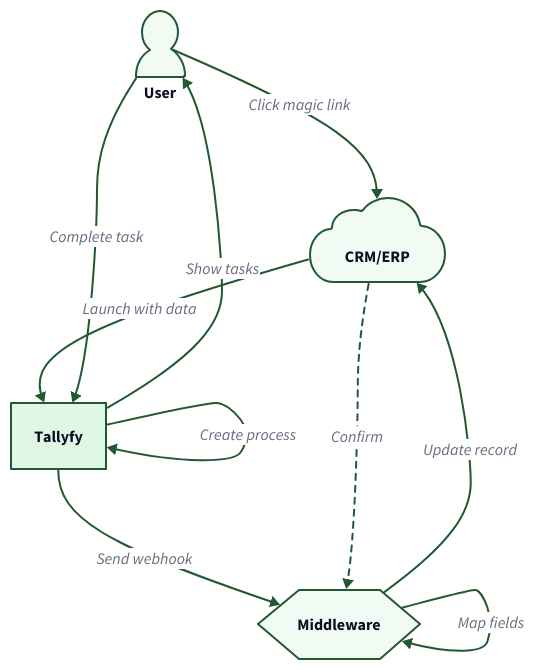
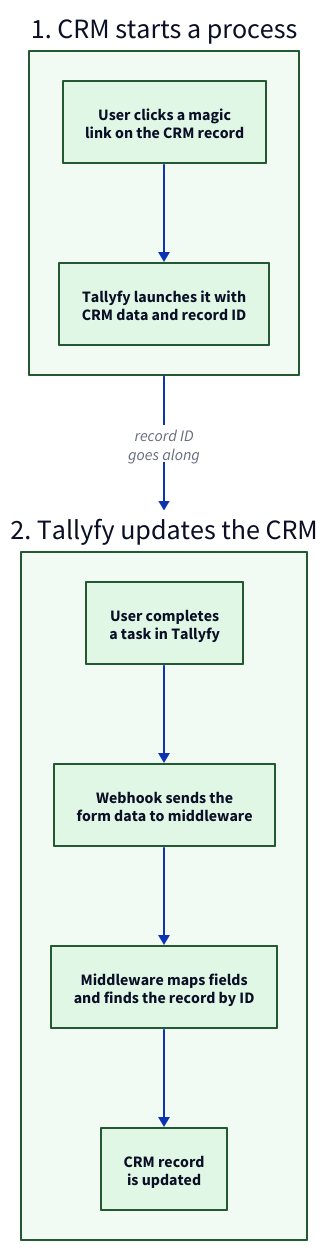
Before and after one commit to tallyfy/documentation: the diagram in src/content/docs/pro/integrations/middleware/integrate-into-crm.mdx, drawn with D2. The commit also changed 14 other files, not shown here.

First line of the commit message:
Redraw 15 diagrams and remove 1 so their text reads at full size

````diff
--- a/src/content/docs/pro/integrations/middleware/integrate-into-crm.mdx
+++ b/src/content/docs/pro/integrations/middleware/integrate-into-crm.mdx
@@ -106,62 +106,42 @@
 ```d2
+# Data flow between a CRM or ERP and Tallyfy
 direction: down
 
-# People
-User: User {
-  shape: person
+Launch: "1. CRM starts a process" {
   style.fill: "#f2faf4"
   style.stroke: "#225930"
+  Click: "User clicks a magic\nlink on the CRM record" {
+    style.fill: "#e1f7e6"
+    style.stroke: "#225930"
+  }
+  Start: "Tallyfy launches it with\nCRM data and record ID" {
+    style.fill: "#e1f7e6"
+    style.stroke: "#225930"
+  }
+  Click -> Start
 }
 
-# Systems
-CRM: CRM/ERP {
-  shape: cloud
+Update: "2. Tallyfy updates the CRM" {
   style.fill: "#f2faf4"
   style.stroke: "#225930"
+  Done: "User completes\na task in Tallyfy" {
+    style.fill: "#e1f7e6"
+    style.stroke: "#225930"
+  }
+  Hook: "Webhook sends the\nform data to middleware" {
+    style.fill: "#e1f7e6"
+    style.stroke: "#225930"
+  }
+  Map: "Middleware maps fields\nand finds the record by ID" {
+    style.fill: "#e1f7e6"
+    style.stroke: "#225930"
+  }
+  Rec: "CRM record\nis updated" {
+    style.fill: "#e1f7e6"
+    style.stroke: "#225930"
+  }
+  Done -> Hook -> Map -> Rec
 }
 
-Middleware: Middleware {
-  shape: hexagon
-  style.fill: "#f2faf4"
-  style.stroke: "#225930"
-}
-
-Tallyfy: Tallyfy {
-  shape: rectangle
-  style.fill: "#e1f7e6"
-  style.stroke: "#225930"
-  style.stroke-width: 2
-}
-
-# CRM to Tallyfy Flow
-User -> CRM: Click magic link {
-  style.stroke: "#225930"
-}
-CRM -> Tallyfy: Launch with data {
-  style.stroke: "#225930"
-}
-Tallyfy -> Tallyfy: Create process {
-  style.stroke: "#225930"
-}
-Tallyfy -> User: Show tasks {
-  style.stroke: "#225930"
-}
-
-# Tallyfy to CRM Flow
-User -> Tallyfy: Complete task {
-  style.stroke: "#225930"
-}
-Tallyfy -> Middleware: Send webhook {
-  style.stroke: "#225930"
-}
-Middleware -> Middleware: Map fields {
-  style.stroke: "#225930"
-}
-Middleware -> CRM: Update record {
-  style.stroke: "#225930"
-}
-CRM -> Middleware: Confirm {
-  style.stroke: "#225930"
-  style.stroke-dash: 3
-}
+Launch -> Update: "record ID\ngoes along"
 ```
````
